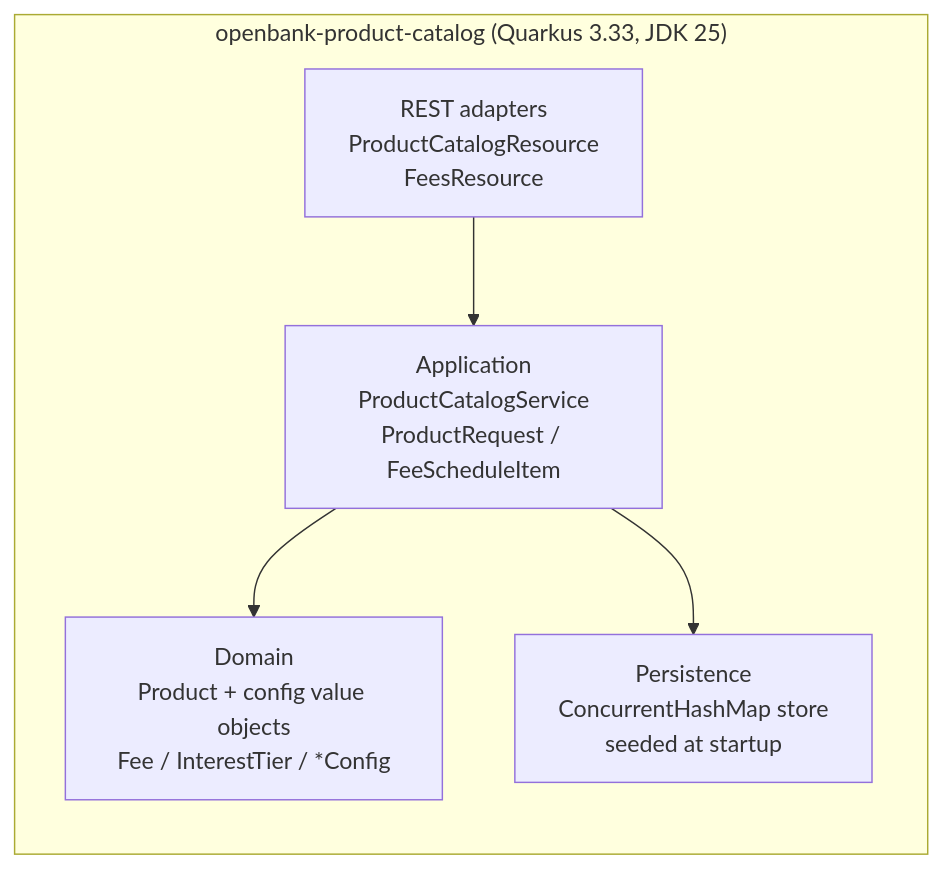
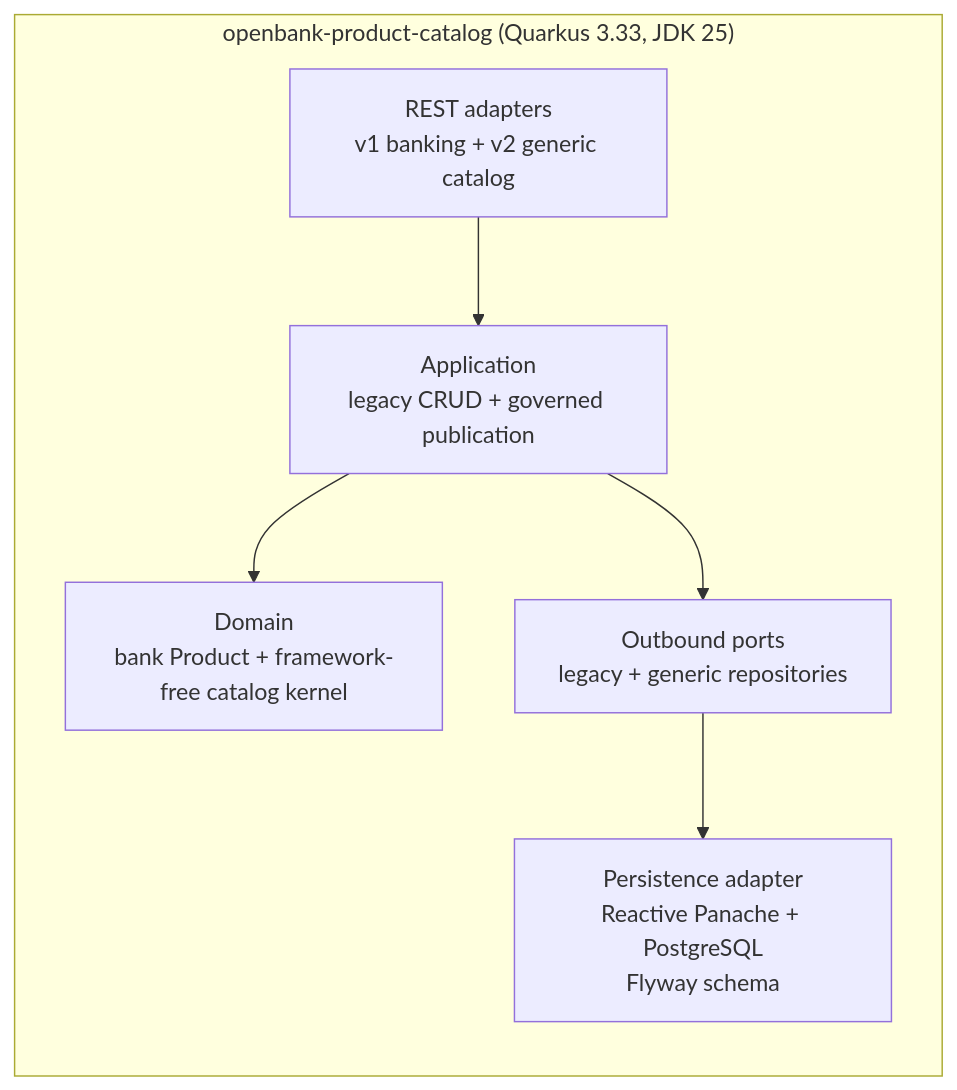
The second of 2 diagrams in openbank-product-catalog/src/main/resources/docs/02-architecture.en.md (JiRaska/open-bank-oss), drawn with Mermaid before and after one commit. The commit also changed other lines of this file and 242 other files, not shown here.

First line of the commit message:
feat(product-catalog): ship standalone platform and intelligence studio (#4501)

````diff
--- a/openbank-product-catalog/src/main/resources/docs/02-architecture.en.md
+++ b/openbank-product-catalog/src/main/resources/docs/02-architecture.en.md
@@ -31,14 +32,16 @@
 ```mermaid
 graph TB
   subgraph "openbank-product-catalog (Quarkus 3.33, JDK 25)"
     direction TB
-    rest[REST adapters<br/>ProductCatalogResource<br/>FeesResource]
-    app[Application<br/>ProductCatalogService<br/>ProductRequest / FeeScheduleItem]
-    dom[Domain<br/>Product + config value objects<br/>Fee / InterestTier / *Config]
-    store[Persistence<br/>ConcurrentHashMap store<br/>seeded at startup]
+    rest[REST adapters<br/>v1 banking + v2 generic catalog]
+    app[Application<br/>legacy CRUD + governed publication]
+    dom[Domain<br/>bank Product + framework-free catalog kernel]
+    port[Outbound ports<br/>legacy + generic repositories]
+    store[Persistence adapter<br/>Reactive Panache + PostgreSQL<br/>Flyway schema]
   end
 
   rest --> app
   app --> dom
-  app --> store
+  app --> port
+  port --> store
 ```
````
